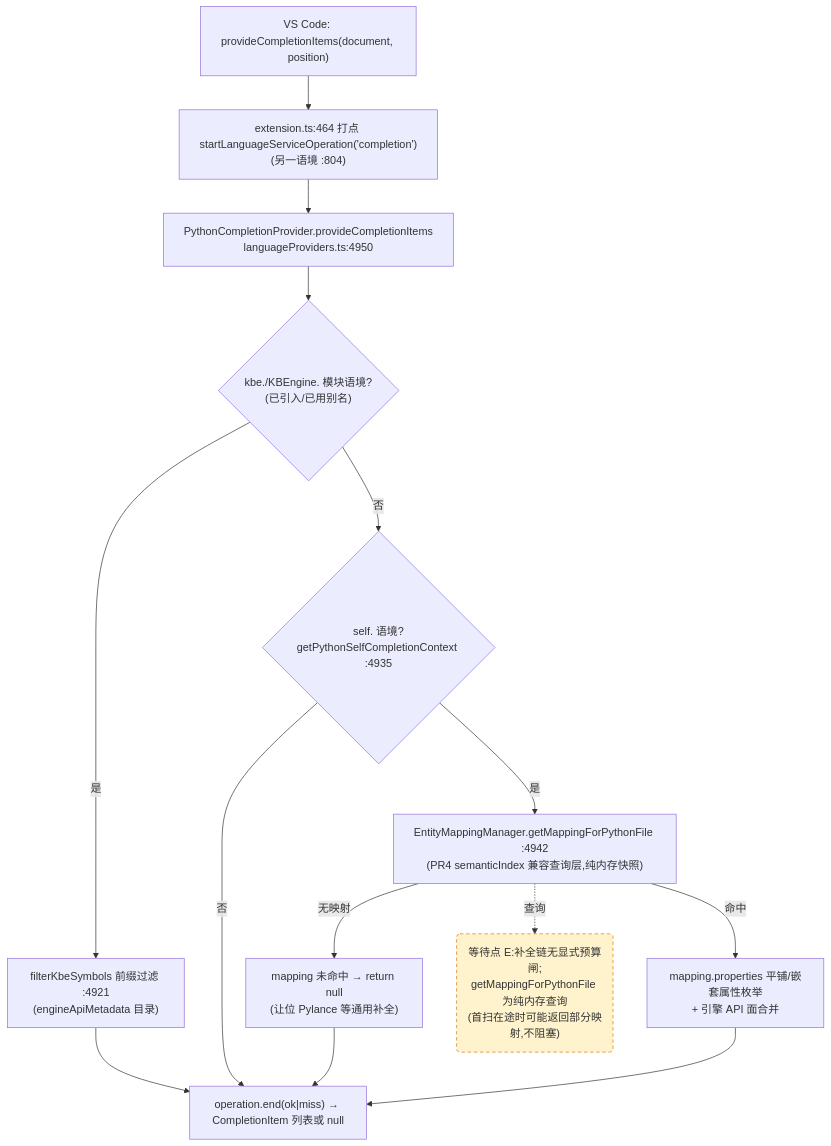
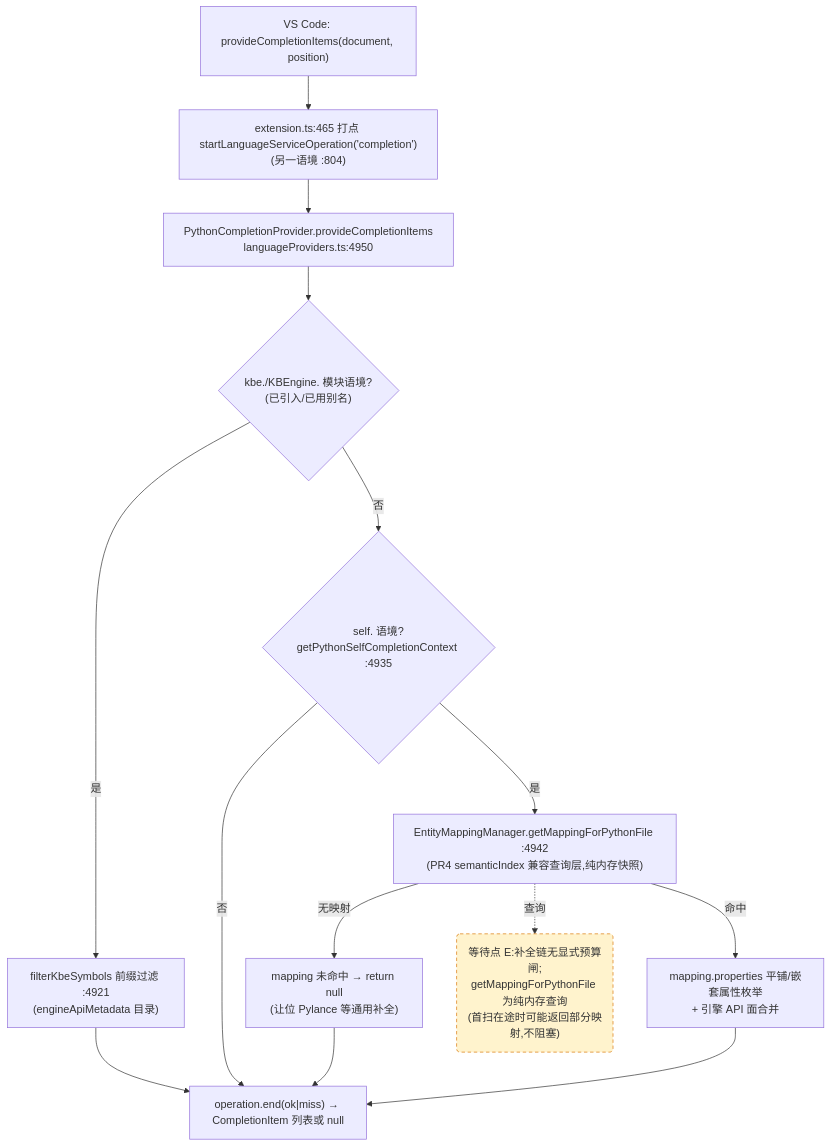
One commit to cuihairu/kode changed the third of 4 diagrams in docs/perf/2026-baseline.md. Above: the diagram before and after it, drawn with Mermaid. The commit also changed other lines of this file and 5 other files, not shown here.

````diff
--- a/docs/perf/2026-baseline.md
+++ b/docs/perf/2026-baseline.md
@@ -184,27 +184,27 @@
 ```mermaid
 flowchart TD
   VC3["VS Code: provideCompletionItems(document, position)"]
-  M3["extension.ts:464 打点 startLanguageServiceOperation('completion')<br/>(另一语境 :804)"]
+  M3["extension.ts:465 打点 startLanguageServiceOperation('completion')<br/>(另一语境 :804)"]
   CP["PythonCompletionProvider.provideCompletionItems<br/>languageProviders.ts:4950"]
   KBEC{"kbe./KBEngine. 模块语境?<br/>(已引入/已用别名)"}
   FILTER["filterKbeSymbols 前缀过滤 :4921<br/>(engineApiMetadata 目录)"]
   SELFC{"self. 语境?<br/>getPythonSelfCompletionContext :4935"}
   MAP["EntityMappingManager.getMappingForPythonFile :4942<br/>(PR4 semanticIndex 兼容查询层,纯内存快照)"]
   NOMAP["mapping 未命中 → return null<br/>(让位 Pylance 等通用补全)"]
   PROPS["mapping.properties 平铺/嵌套属性枚举<br/>+ 引擎 API 面合并"]
   END3["operation.end(ok|miss) → CompletionItem 列表或 null"]
 
   VC3 --> M3 --> CP --> KBEC
   KBEC -- "是" --> FILTER --> END3
   KBEC -- "否" --> SELFC
   SELFC -- "否" --> END3
   SELFC -- "是" --> MAP
   MAP -- "无映射" --> NOMAP --> END3
   MAP -- "命中" --> PROPS --> END3
 
   WAITE("等待点 E:补全链无显式预算闸;<br/>getMappingForPythonFile 为纯内存查询<br/>(首扫在途时可能返回部分映射,不阻塞)")
   MAP -.->|查询| WAITE
 
   classDef waitPoint fill:#fff3cd,stroke:#d97706,stroke-dasharray:5 4;
   class WAITE waitPoint;
 ```
````
